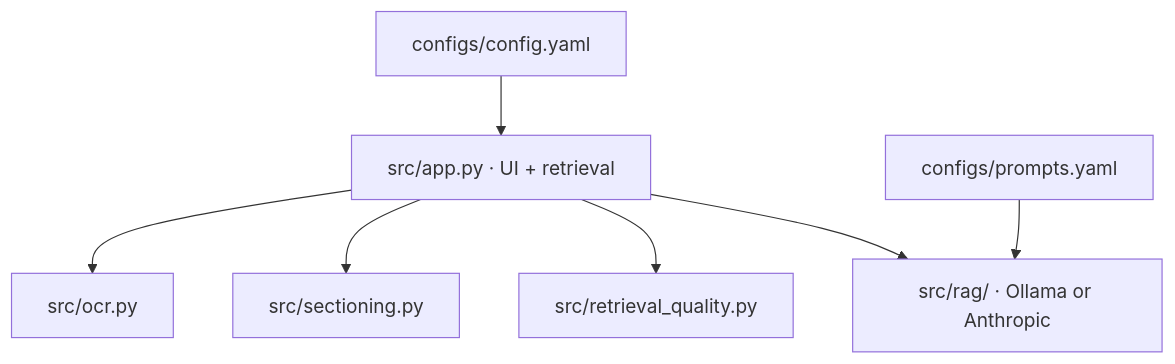
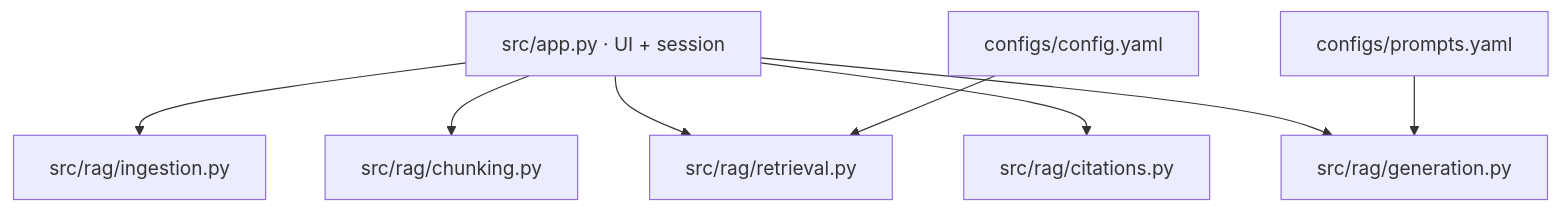
One commit to RoxanaTapia/ai-doc-to-chat-pipeline changed the third of 3 diagrams in docs/README.md. Above: the diagram before and after it, drawn with Mermaid. The commit also changed other lines of this file and 9 other files, not shown here.

First line of the commit message:
feat(rag): give each retrieval step its own module

````diff
--- a/docs/README.md
+++ b/docs/README.md
@@ -82,17 +84,19 @@
 ```mermaid
 flowchart TB
-  App["src/app.py · UI + retrieval"]
-  OCR["src/ocr.py"]
-  Section["src/sectioning.py"]
-  Quality["src/retrieval_quality.py"]
-  Gen["src/rag/ · Ollama or Anthropic"]
+  App["src/app.py · UI + session"]
+  Ingest["src/rag/ingestion.py"]
+  Chunk["src/rag/chunking.py"]
+  Retrieve["src/rag/retrieval.py"]
+  Cite["src/rag/citations.py"]
+  Gen["src/rag/generation.py"]
   Cfg["configs/config.yaml"]
   Prompts["configs/prompts.yaml"]
 
-  App --> OCR
-  App --> Section
-  App --> Quality
+  App --> Ingest
+  App --> Chunk
+  App --> Retrieve
+  App --> Cite
   App --> Gen
-  Cfg --> App
+  Cfg --> Retrieve
   Prompts --> Gen
 ```
````
